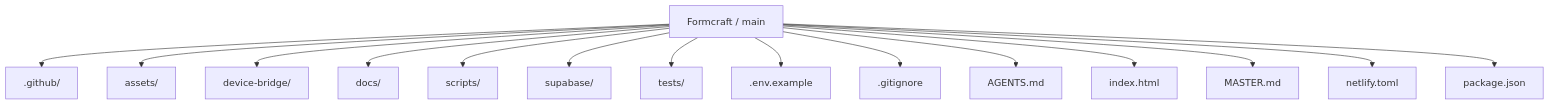
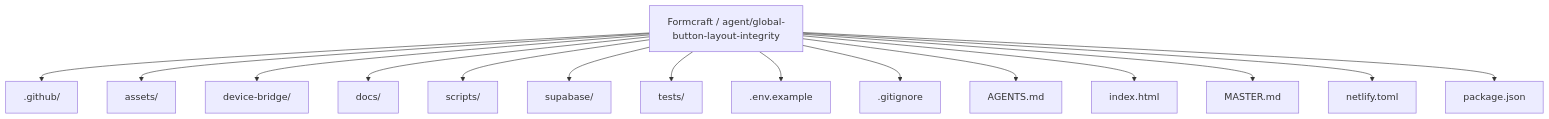
The first of 23 diagrams in README.md (Nischhalsubba/Formcraft), drawn with Mermaid before and after one commit. The commit also changed other lines of this file, not shown here.

````diff
--- a/README.md
+++ b/README.md
@@ -57,18 +57,18 @@
 ```mermaid
 flowchart TD
-    ROOT["Formcraft / main"]
+    ROOT["Formcraft / agent/global-button-layout-integrity"]
     ROOT --> P0[".github/"]
     ROOT --> P1["assets/"]
     ROOT --> P2["device-bridge/"]
     ROOT --> P3["docs/"]
     ROOT --> P4["scripts/"]
     ROOT --> P5["supabase/"]
     ROOT --> P6["tests/"]
     ROOT --> P7[".env.example"]
     ROOT --> P8[".gitignore"]
     ROOT --> P9["AGENTS.md"]
     ROOT --> P10["index.html"]
     ROOT --> P11["MASTER.md"]
     ROOT --> P12["netlify.toml"]
     ROOT --> P13["package.json"]
 ```
````
